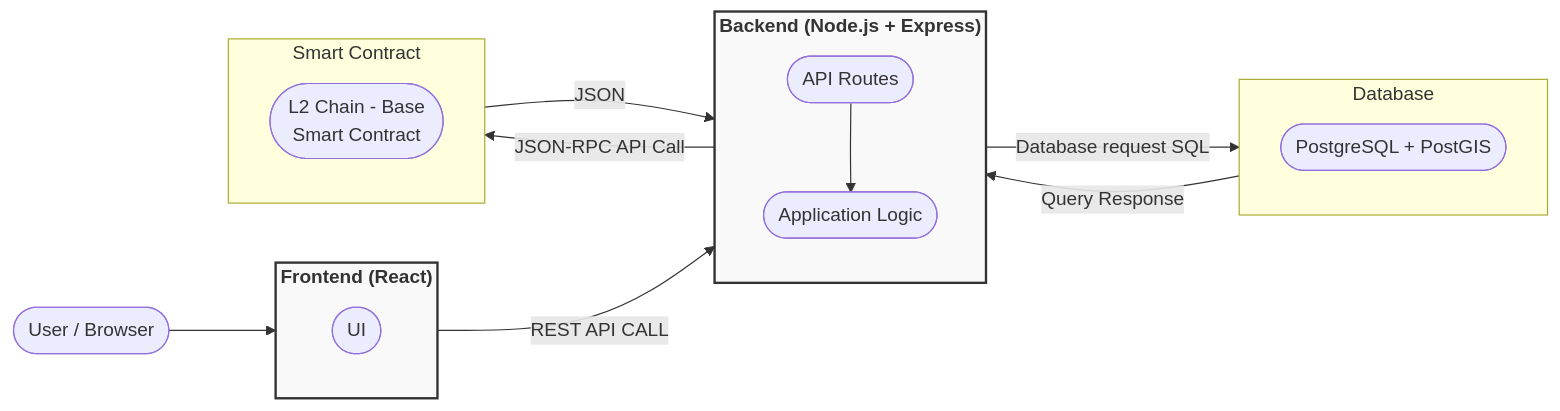
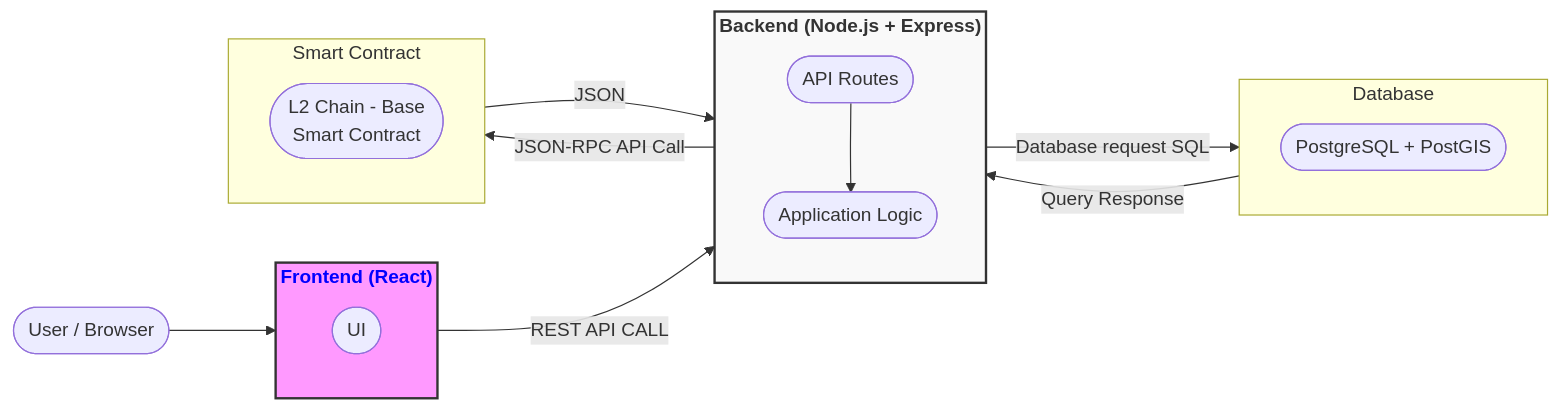
Before and after one commit to AnnaP464/COMP-4350-Group-8: the diagram in Sprint 0/sprint0.md, drawn with Mermaid.

````diff
--- a/Sprint 0/sprint0.md
+++ b/Sprint 0/sprint0.md
@@ -9,36 +9,38 @@
 ```mermaid
 flowchart LR
   user([User / Browser])
 
   subgraph FE ["Frontend (React)"]
     direction TB
     app([UI])
   end
+
+style FE fill:#f9f,stroke:#333,stroke-width:2px,color:#0000ff
 
   subgraph BE ["Backend (Node.js + Express)"]
     direction TB
     api([API Routes])
     logic([Application Logic])
   end
 
   subgraph db ["Database"]
     data([PostgreSQL + PostGIS])
   end
   subgraph l2 ["Smart Contract"]
     block([L2 Chain - Base<br/>Smart Contract])
   end
 
   %% Connections
   user --> app
   app -->|REST API CALL| api
   api --> logic
   logic --> |Database request SQL|db
   db --> |Query Response|logic
   logic -->|JSON-RPC API Call| l2
   l2 --> |JSON| logic
 
  %% Styling
   classDef bigLabel font-size:16px,font-weight:bold,fill:#f9f9f9,stroke:#333,stroke-width:2px;
   class BE bigLabel
   class FE bigLabel
 ```
````
